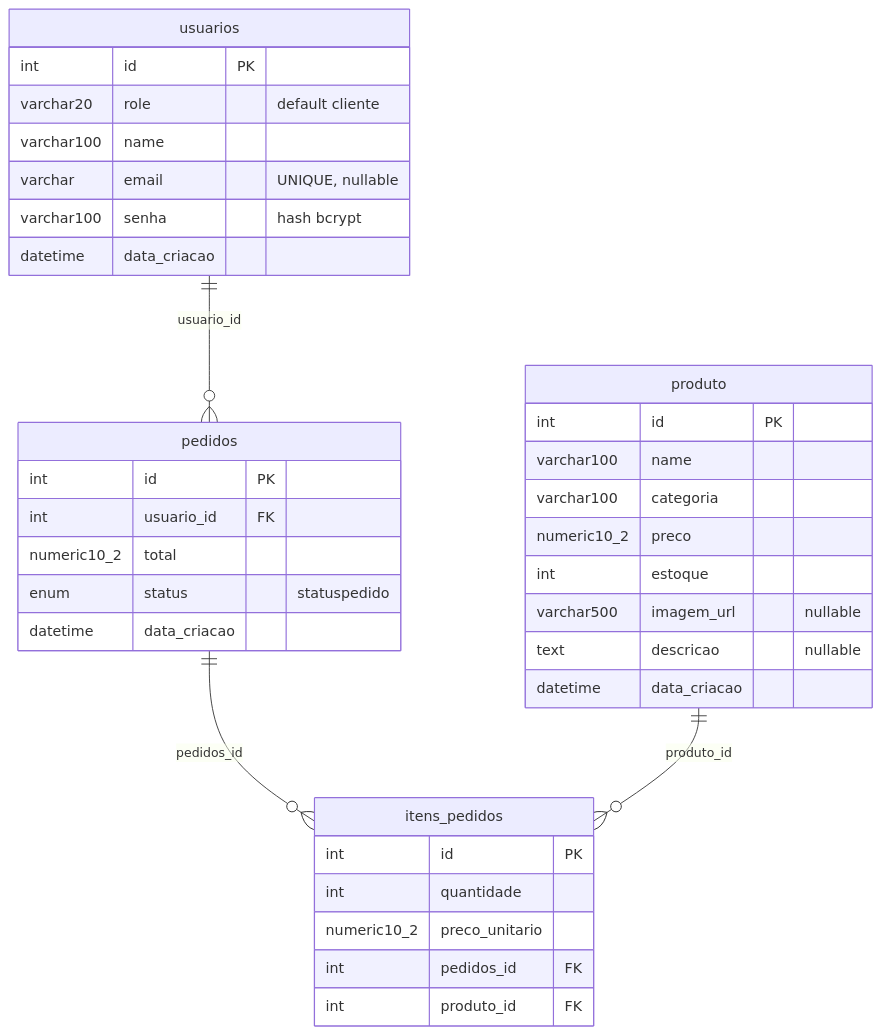
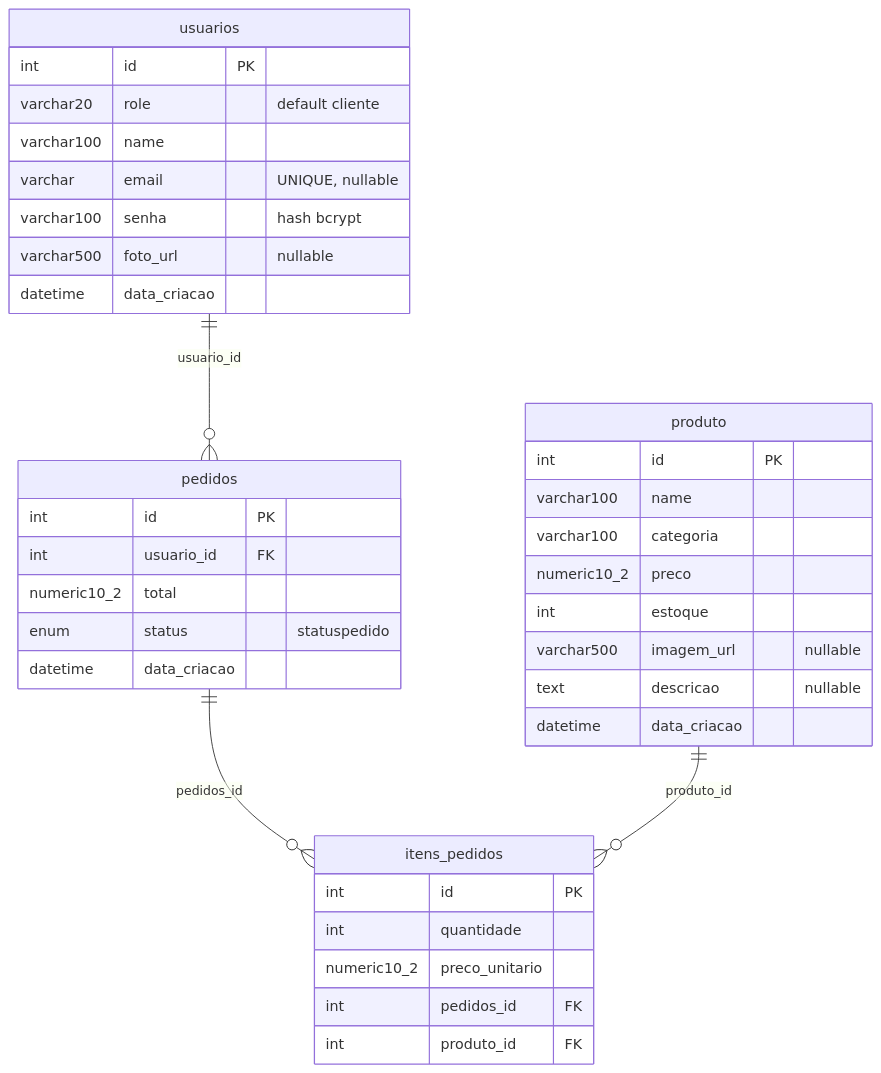
The diagram in docs/Database.md (gelane-dev/ecommerce-fullstack), drawn with Mermaid before and after one commit. The commit also changed other lines of this file and 4 other files, not shown here.

````diff
--- a/docs/Database.md
+++ b/docs/Database.md
@@ -9,39 +9,40 @@
 ```mermaid
 erDiagram
   usuarios ||--o{ pedidos : "usuario_id"
   pedidos ||--o{ itens_pedidos : "pedidos_id"
   produto ||--o{ itens_pedidos : "produto_id"
 
   usuarios {
     int id PK
     varchar20 role "default cliente"
     varchar100 name
     varchar email "UNIQUE, nullable"
     varchar100 senha "hash bcrypt"
+    varchar500 foto_url "nullable"
     datetime data_criacao
   }
   produto {
     int id PK
     varchar100 name
     varchar100 categoria
     numeric10_2 preco
     int estoque
     varchar500 imagem_url "nullable"
     text descricao "nullable"
     datetime data_criacao
   }
   pedidos {
     int id PK
     int usuario_id FK
     numeric10_2 total
     enum status "statuspedido"
     datetime data_criacao
   }
   itens_pedidos {
     int id PK
     int quantidade
     numeric10_2 preco_unitario
     int pedidos_id FK
     int produto_id FK
   }
 ```
````
